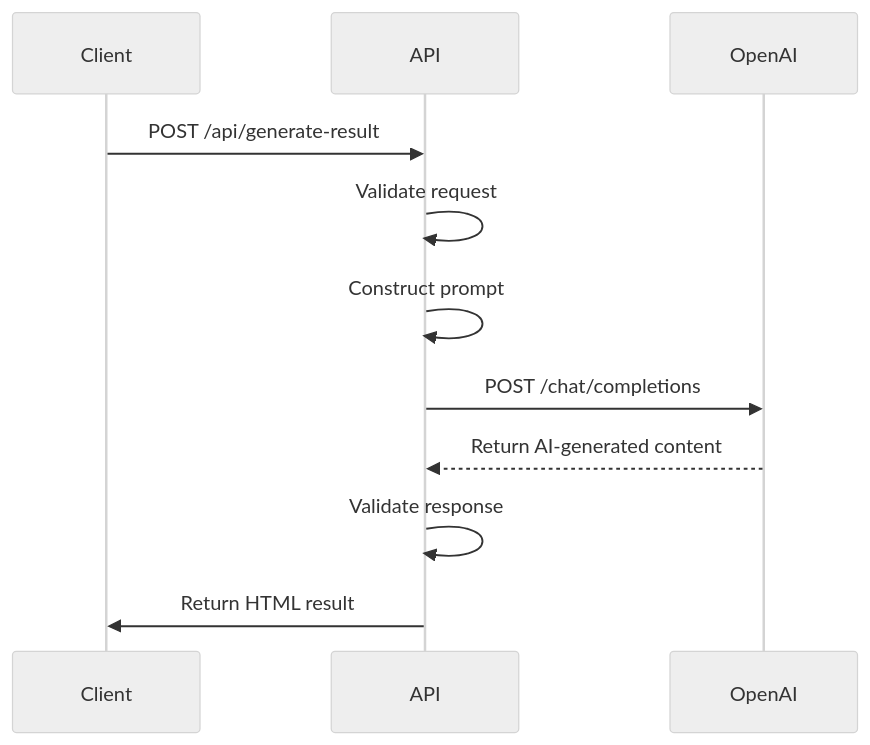
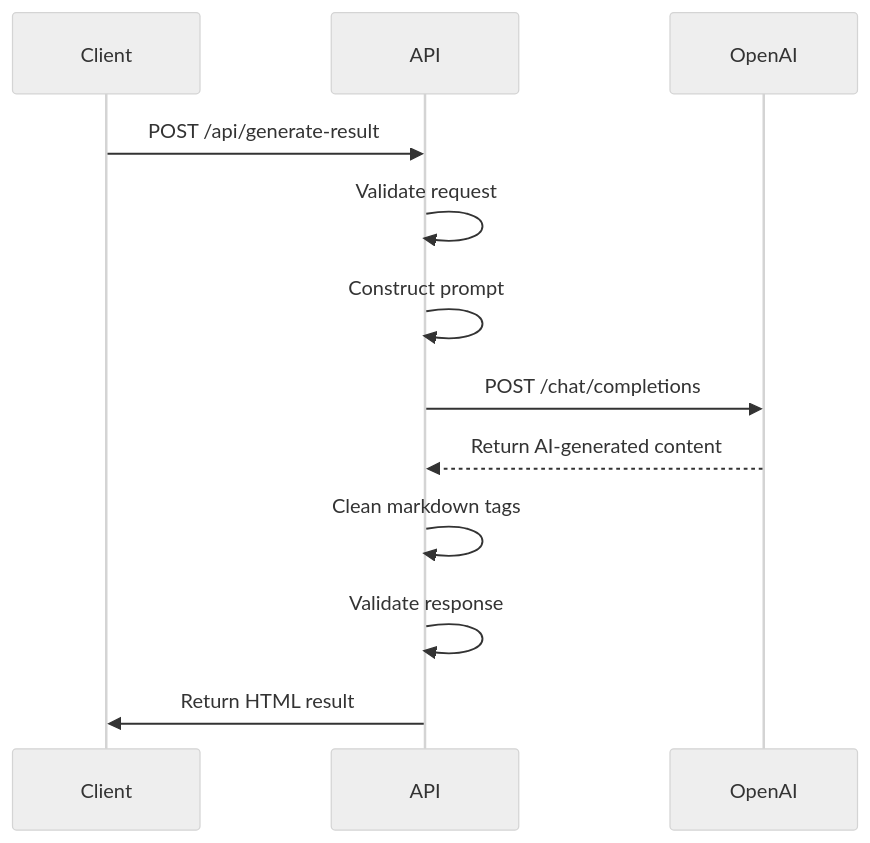
The third of 7 diagrams in .qoder/repowiki/en/content/Backend Architecture/Generate Result API.md (lommaks777/alena), drawn with Mermaid (neutral theme) before and after one commit. The commit also changed other lines of this file and 19 other files, not shown here.

````diff
--- a/.qoder/repowiki/en/content/Backend Architecture/Generate Result API.md
+++ b/.qoder/repowiki/en/content/Backend Architecture/Generate Result API.md
@@ -94,13 +98,14 @@
 ```mermaid
 sequenceDiagram
 participant Client
 participant API
 participant OpenAI
 Client->>API : POST /api/generate-result
 API->>API : Validate request
 API->>API : Construct prompt
 API->>OpenAI : POST /chat/completions
 OpenAI-->>API : Return AI-generated content
+API->>API : Clean markdown tags
 API->>API : Validate response
 API->>Client : Return HTML result
 ```
````
